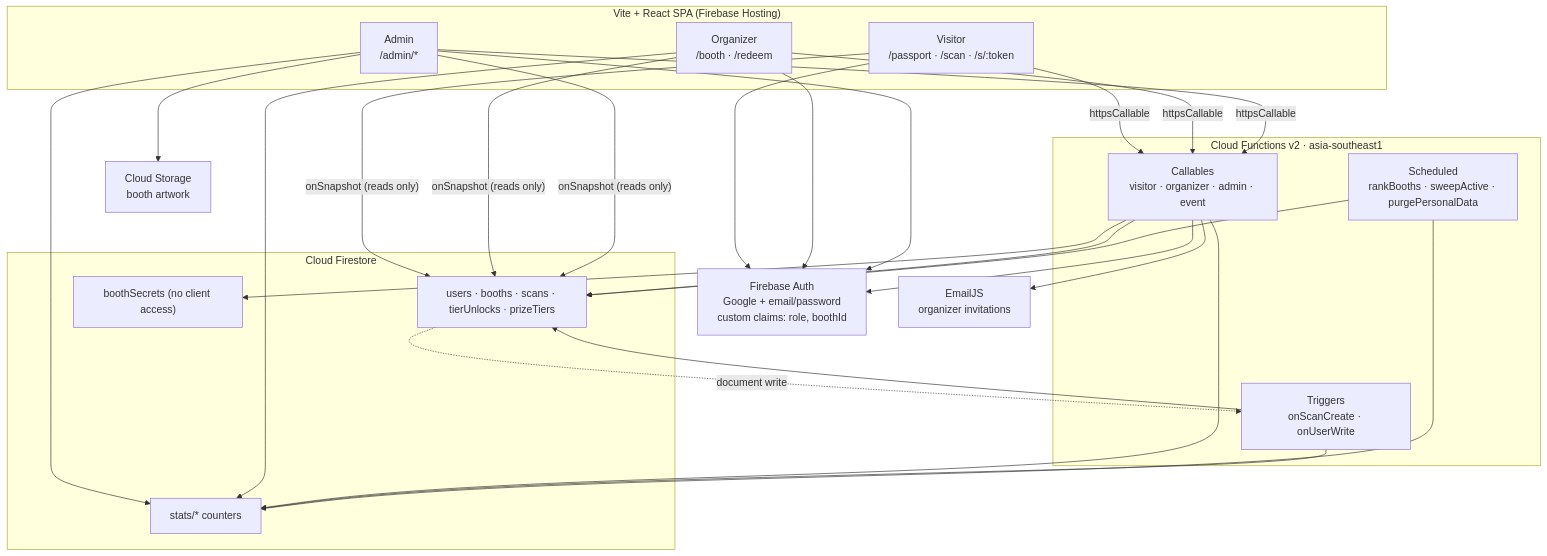
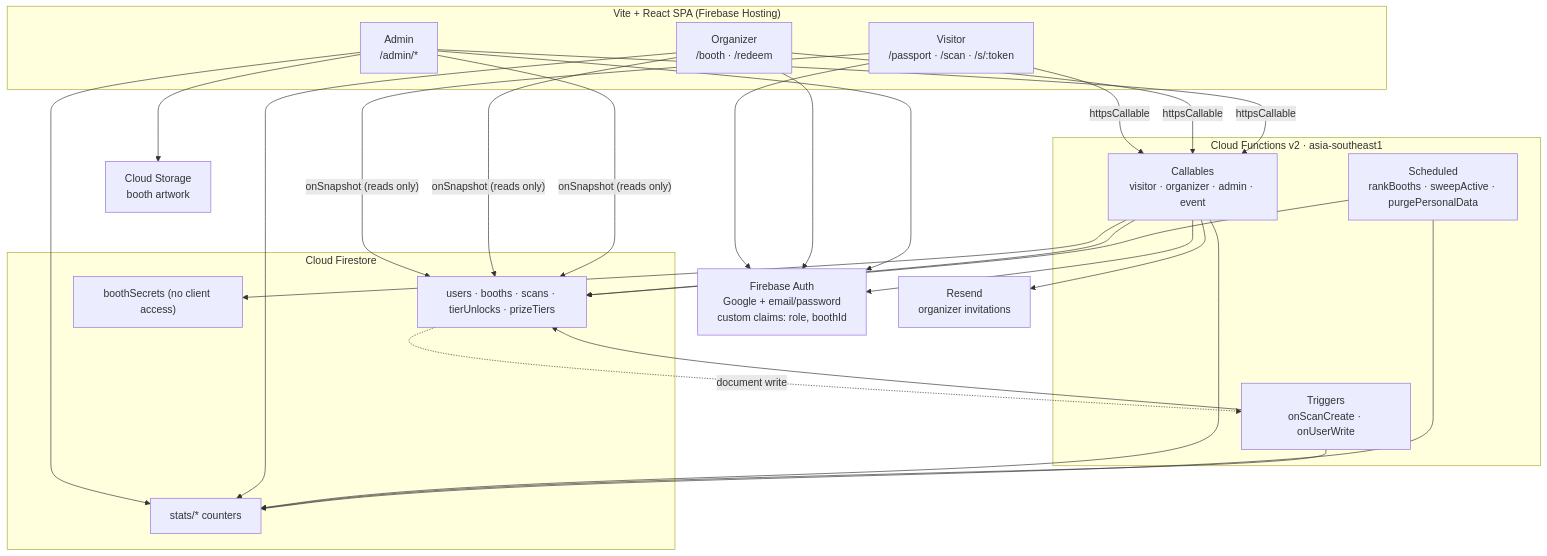
The first of 5 diagrams in docs/systemflow.md (Stanley18700/MFU-Nirvana-Bazzar), drawn with Mermaid before and after one commit. The commit also changed other lines of this file and 8 other files, not shown here.

````diff
--- a/docs/systemflow.md
+++ b/docs/systemflow.md
@@ -13,37 +13,37 @@
 ```mermaid
 flowchart TB
   subgraph Client["Vite + React SPA (Firebase Hosting)"]
     V["Visitor<br/>/passport · /scan · /s/:token"]
     O["Organizer<br/>/booth · /redeem"]
     A["Admin<br/>/admin/*"]
   end
 
   subgraph Fn["Cloud Functions v2 · asia-southeast1"]
     C["Callables<br/>visitor · organizer · admin · event"]
     T["Triggers<br/>onScanCreate · onUserWrite"]
     S["Scheduled<br/>rankBooths · sweepActive · purgePersonalData"]
   end
 
   subgraph FS["Cloud Firestore"]
     D1["users · booths · scans · tierUnlocks · prizeTiers"]
     D2["stats/* counters"]
     D3["boothSecrets (no client access)"]
   end
 
   Auth["Firebase Auth<br/>Google + email/password<br/>custom claims: role, boothId"]
   ST["Cloud Storage<br/>booth artwork"]
-  MJ["EmailJS<br/>organizer invitations"]
+  MJ["Resend<br/>organizer invitations"]
 
   V & O & A -->|"httpsCallable"| C
   V & O & A -->|"onSnapshot (reads only)"| D1
   A --> D2
   O --> D2
   V & O & A --> Auth
   A --> ST
   C --> D1 & D2 & D3
   C --> Auth
   C --> MJ
   D1 -.->|"document write"| T
   T --> D1 & D2
   S --> D2 & D1
 ```
````
